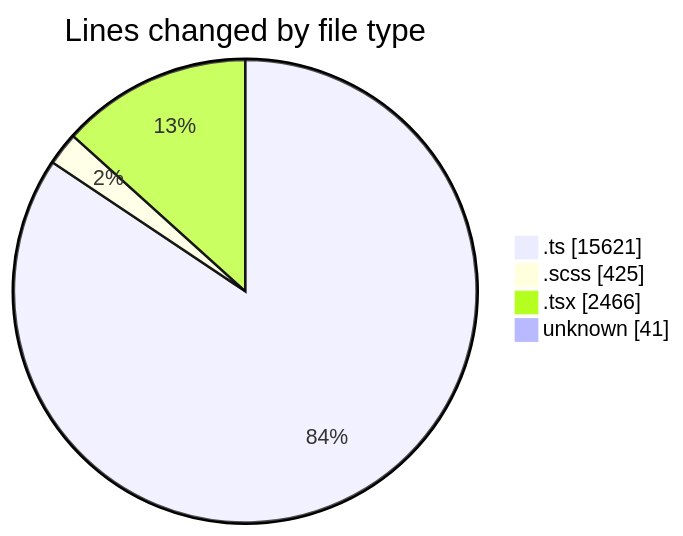
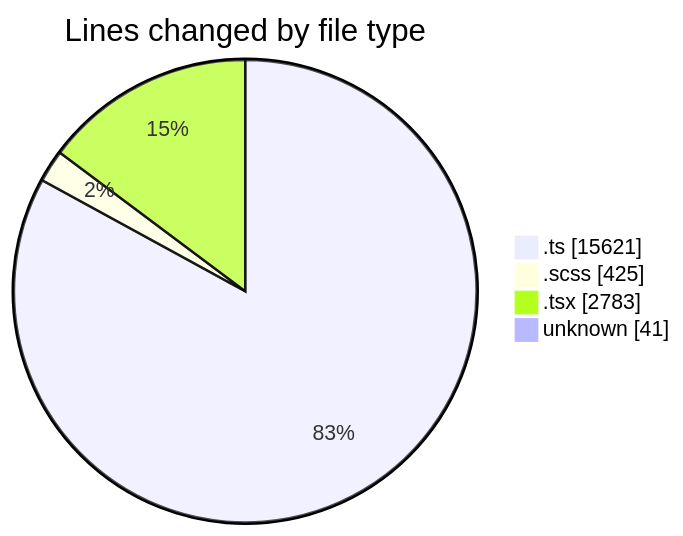
Before and after one commit to momahboobian/code-tracking: the first of 2 diagrams in 2025-08-27/cda/README.md, drawn with Mermaid. The commit also changed other lines of this file and 1 other file, not shown here.

````diff
--- a/2025-08-27/cda/README.md
+++ b/2025-08-27/cda/README.md
@@ -35,8 +37,8 @@
 ```mermaid
 pie showData
 title Lines changed by file type
 ".ts" : 15621
 ".scss" : 425
-".tsx" : 2466
+".tsx" : 2783
 "unknown" : 41
 ```
````
